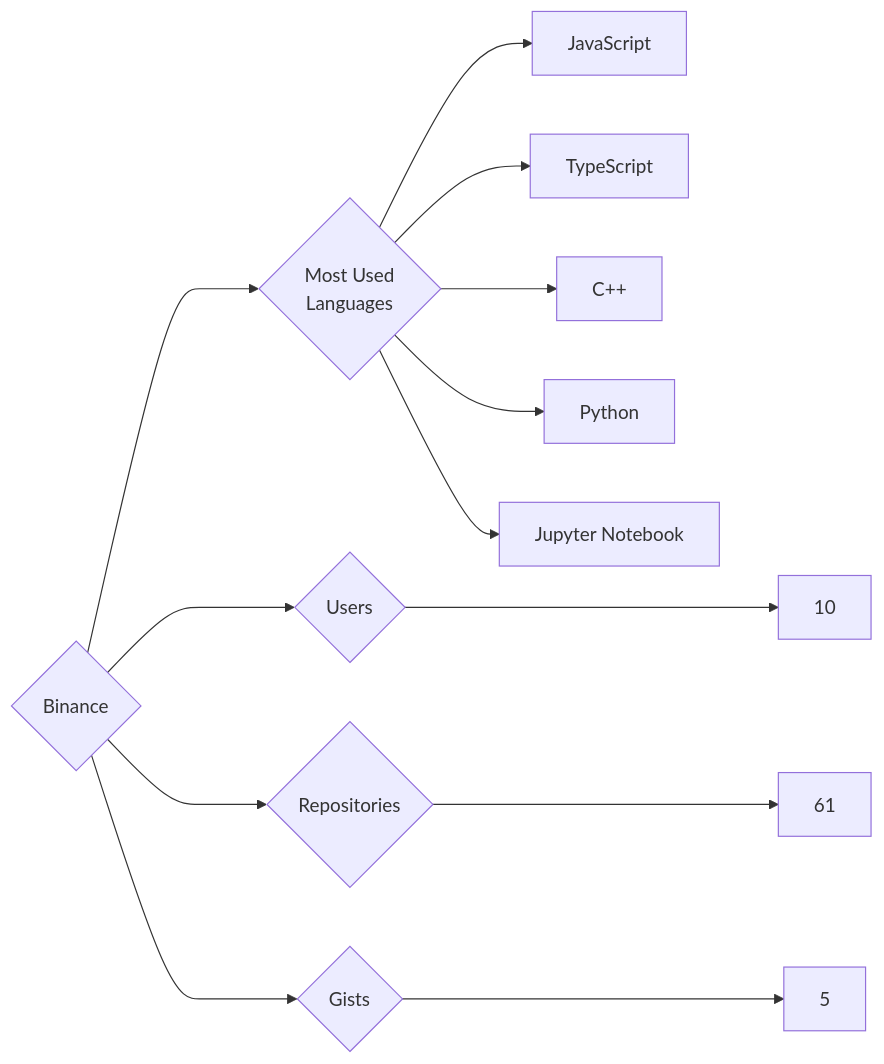
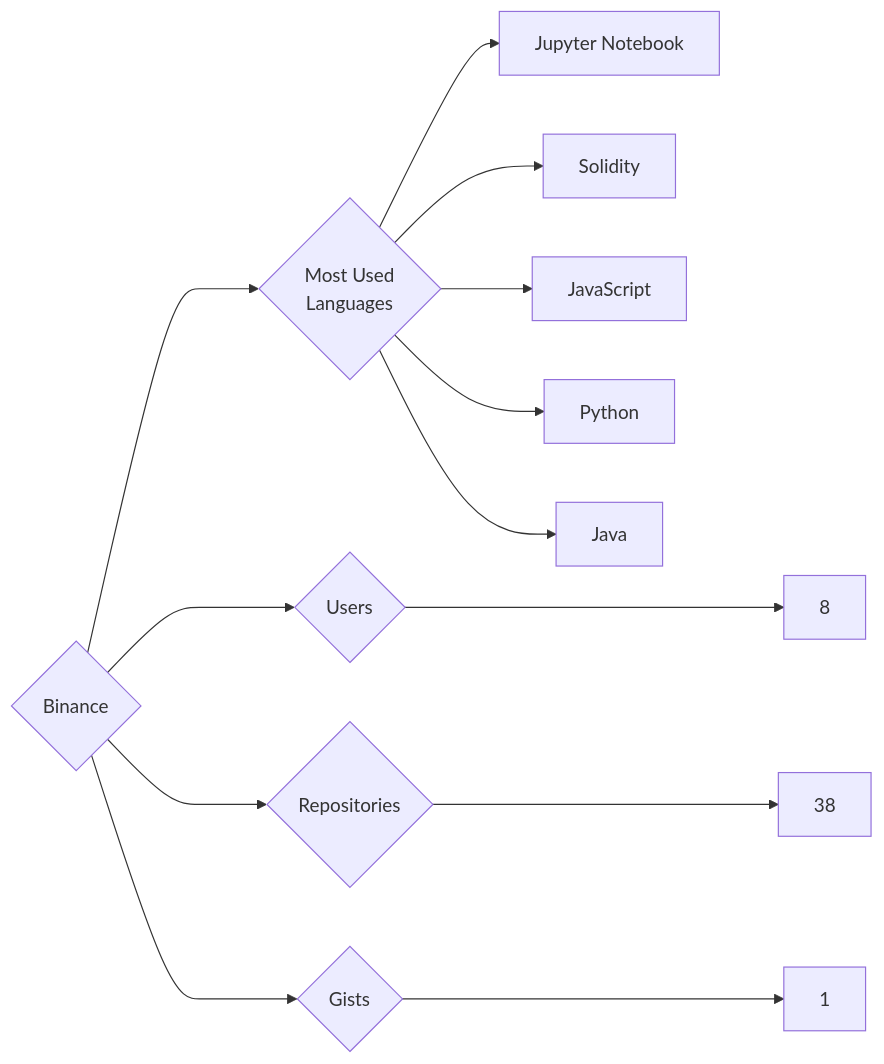
The diagram in targets/Binance/README.md (trickest/insiders), drawn with Mermaid before and after one commit. The commit also changed 545 other files, not shown here.

````diff
--- a/targets/Binance/README.md
+++ b/targets/Binance/README.md
@@ -3,13 +3,13 @@
 ```mermaid
 graph LR
 COMPANY_NAME{Binance}
-COMPANY_NAME ---> U{Users} ---> UN[10]
-COMPANY_NAME ---> R{Repositories} ---> RN[61]
-COMPANY_NAME ---> G{Gists} ---> GN[5]
+COMPANY_NAME ---> U{Users} ---> UN[8]
+COMPANY_NAME ---> R{Repositories} ---> RN[38]
+COMPANY_NAME ---> G{Gists} ---> GN[1]
 COMPANY_NAME ---> ML{Most Used<br>Languages}
+ML --> Jupyter_Notebook[Jupyter Notebook]
+ML --> Solidity[Solidity]
 ML --> JavaScript[JavaScript]
-ML --> TypeScript[TypeScript]
-ML --> C++[C++]
 ML --> Python[Python]
-ML --> Jupyter_Notebook[Jupyter Notebook]
+ML --> Java[Java]
 ```
````
